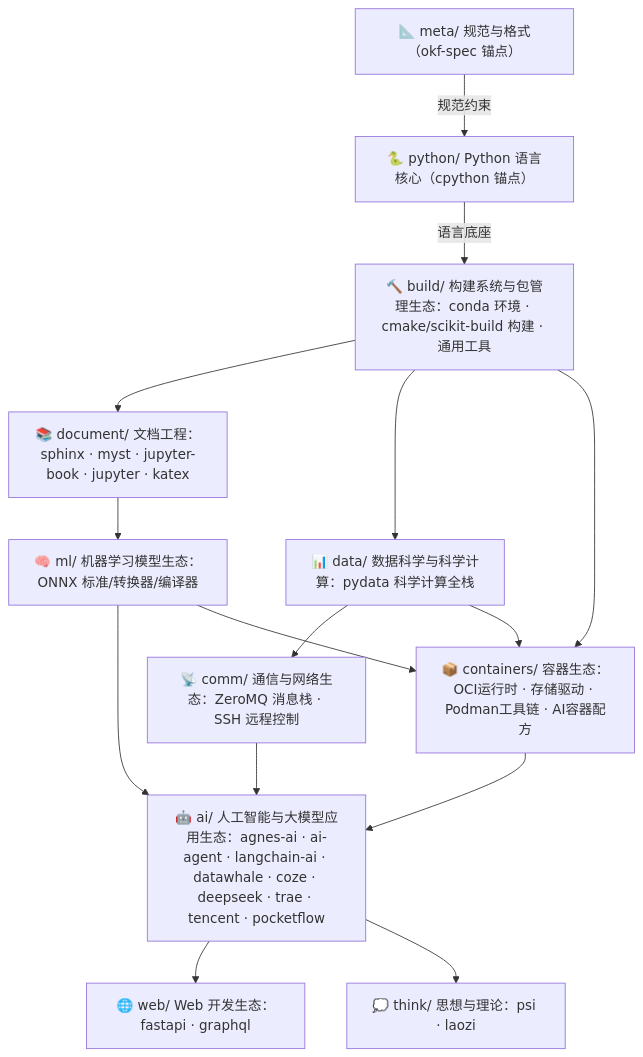
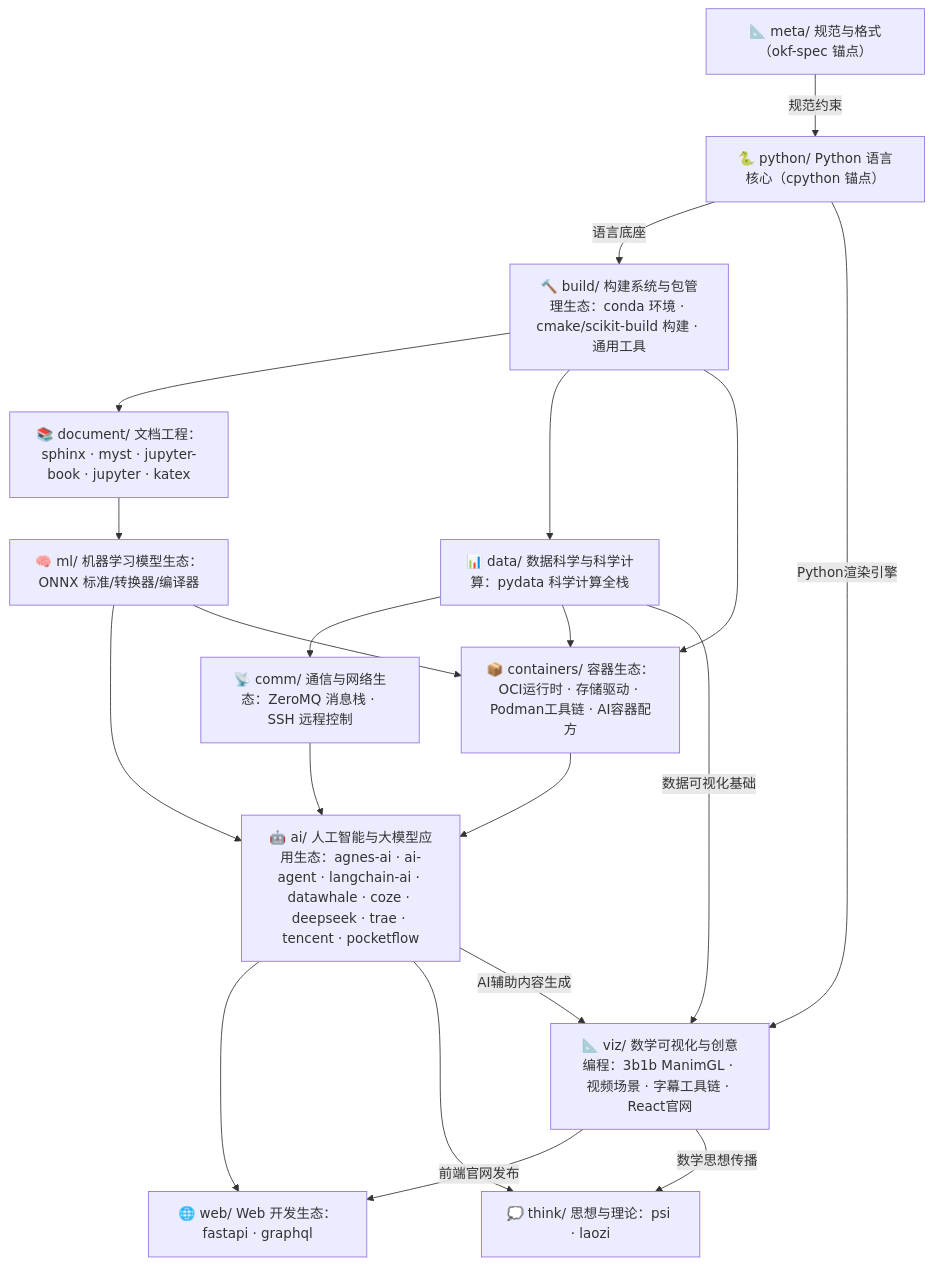
One commit to awesome-flexloop/awesome-okf changed the first of 2 diagrams in doc/bundles/index.md. Above: the diagram before and after it, drawn with Mermaid. The commit also changed other lines of this file and 77 other files, not shown here.

````diff
--- a/doc/bundles/index.md
+++ b/doc/bundles/index.md
@@ -21,28 +21,34 @@
 ```mermaid
 flowchart TD
     meta["📐 meta/ 规范与格式（okf-spec 锚点）"]
     py["🐍 python/ Python 语言核心（cpython 锚点）"]
     build["🔨 build/ 构建系统与包管理生态：conda 环境 · cmake/scikit-build 构建 · 通用工具"]
     doc["📚 document/ 文档工程：sphinx · myst · jupyter-book · jupyter · katex"]
     data["📊 data/ 数据科学与科学计算：pydata 科学计算全栈"]
     ml["🧠 ml/ 机器学习模型生态：ONNX 标准/转换器/编译器"]
     comm["📡 comm/ 通信与网络生态：ZeroMQ 消息栈 · SSH 远程控制"]
     ai["🤖 ai/ 人工智能与大模型应用生态：agnes-ai · ai-agent · langchain-ai · datawhale · coze · deepseek · trae · tencent · pocketflow"]
+    viz["📐 viz/ 数学可视化与创意编程：3b1b ManimGL · 视频场景 · 字幕工具链 · React官网"]
     web["🌐 web/ Web 开发生态：fastapi · graphql"]
     containers["📦 containers/ 容器生态：OCI运行时 · 存储驱动 · Podman工具链 · AI容器配方"]
     think["💭 think/ 思想与理论：psi · laozi"]
     meta -->|"规范约束"| py
     py -->|"语言底座"| build
     build --> doc
     build --> data
     build --> containers
     doc --> ml
     data --> comm
     data --> containers
+    data -->|"数据可视化基础"| viz
+    py -->|"Python渲染引擎"| viz
     ml --> ai
     ml --> containers
     comm --> ai
     containers --> ai
     ai --> web
     ai --> think
+    ai -->|"AI辅助内容生成"| viz
+    viz -->|"前端官网发布"| web
+    viz -->|"数学思想传播"| think
 ```
````
